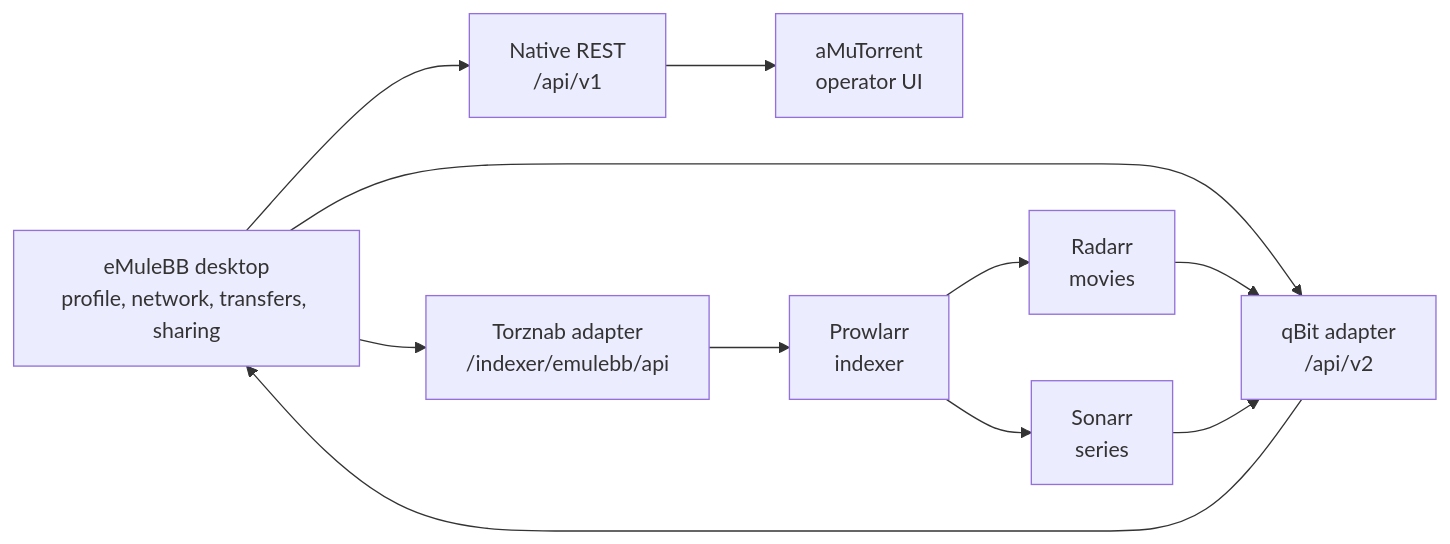
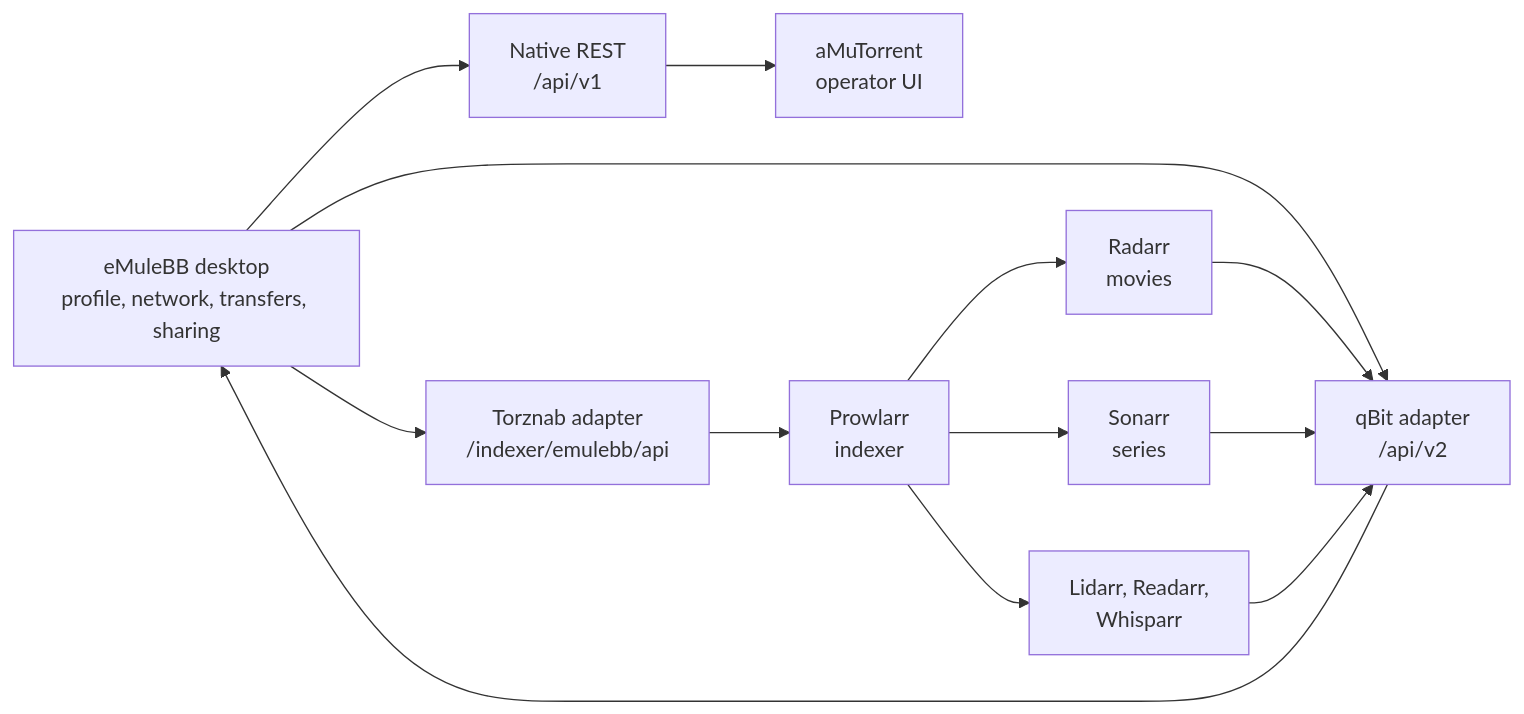
The diagram in docs/reference/GUIDE-STACK-INTEGRATIONS.md (emulebb/emulebb-tooling), drawn with Mermaid before and after one commit. The commit also changed other lines of this file and 3 other files, not shown here.

````diff
--- a/docs/reference/GUIDE-STACK-INTEGRATIONS.md
+++ b/docs/reference/GUIDE-STACK-INTEGRATIONS.md
@@ -35,22 +35,25 @@
 ```mermaid
 flowchart LR
     Desktop["eMuleBB desktop<br/>profile, network, transfers, sharing"]
     Rest["Native REST<br/>/api/v1"]
     Qbit["qBit adapter<br/>/api/v2"]
     Torznab["Torznab adapter<br/>/indexer/emulebb/api"]
     Amu["aMuTorrent<br/>operator UI"]
     Prowlarr["Prowlarr<br/>indexer"]
     Radarr["Radarr<br/>movies"]
     Sonarr["Sonarr<br/>series"]
+    OtherArr["Lidarr, Readarr,<br/>Whisparr"]
 
     Desktop --> Rest
     Desktop --> Qbit
     Desktop --> Torznab
     Rest --> Amu
     Torznab --> Prowlarr
     Prowlarr --> Radarr
     Prowlarr --> Sonarr
+    Prowlarr --> OtherArr
     Radarr --> Qbit
     Sonarr --> Qbit
+    OtherArr --> Qbit
     Qbit --> Desktop
 ```
````
